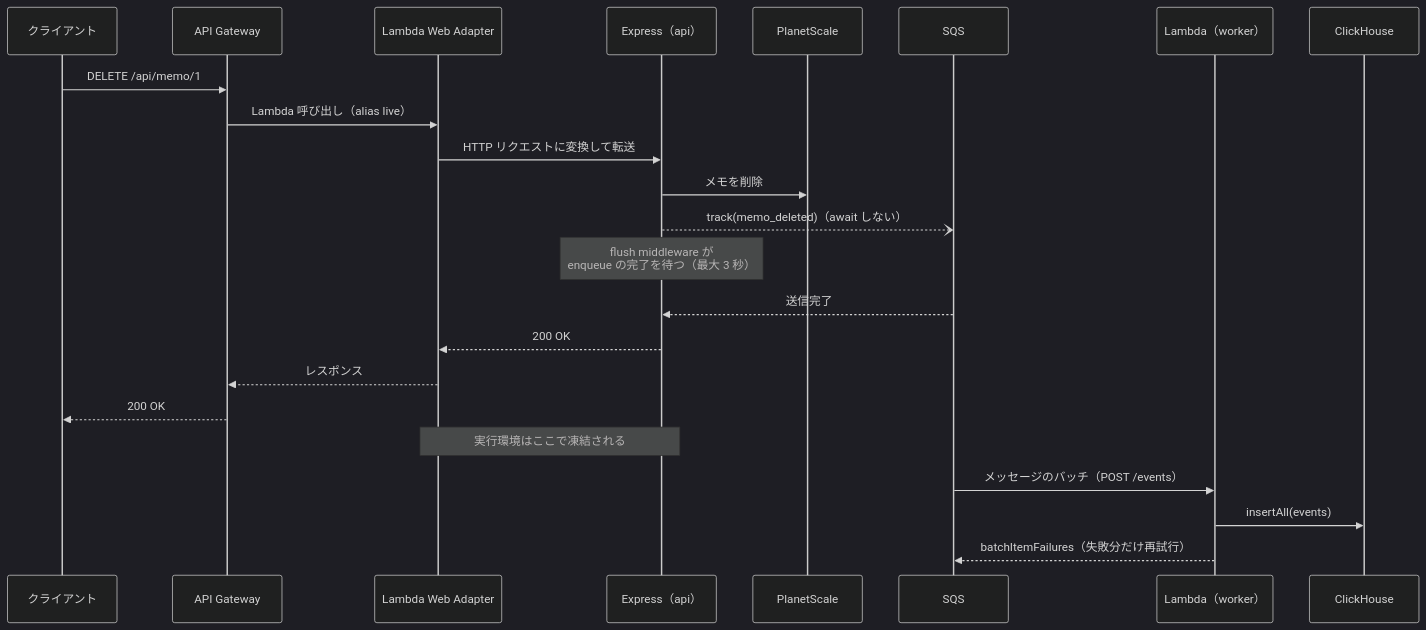
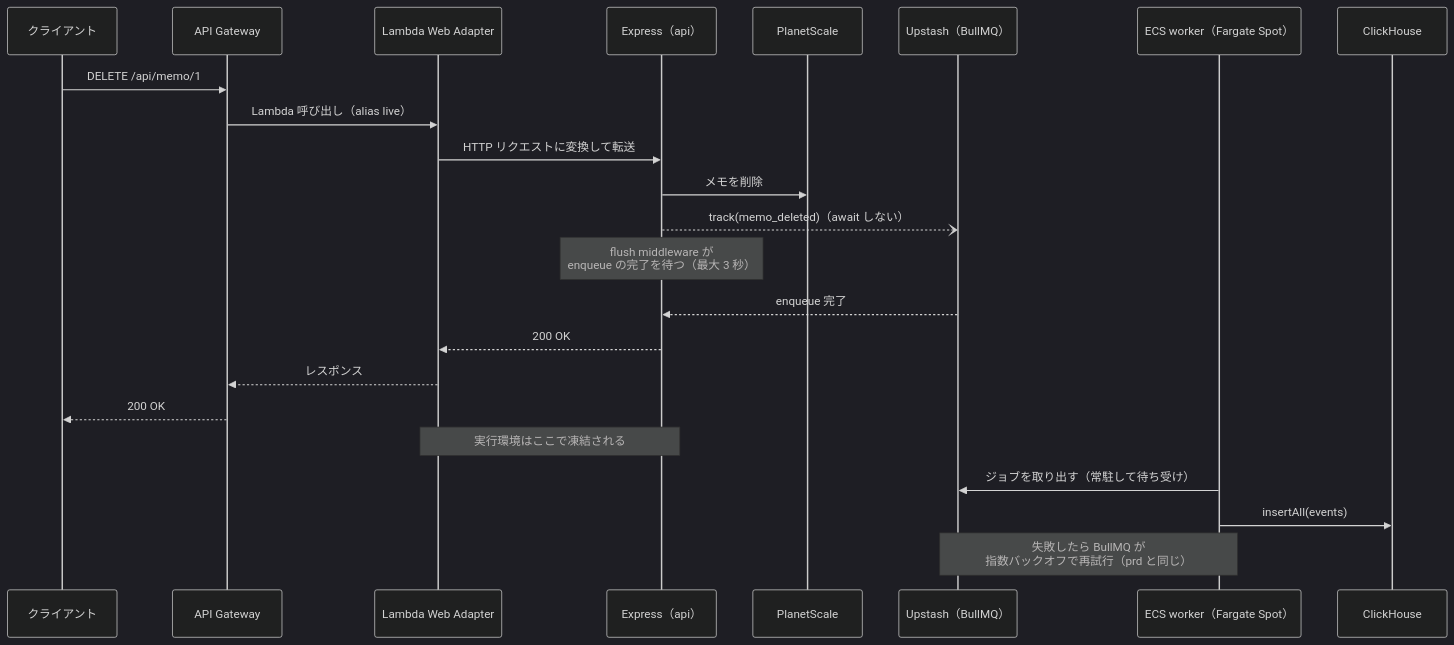
One commit to kentakki416/project-template changed the third of 3 diagrams in docs/spec/minimal-deploy/README.md. Above: the diagram before and after it, drawn with Mermaid (dark theme). The commit also changed other lines of this file and 10 other files, not shown here.

First line of the commit message:
docs(minimal-deploy): worker を BullMQ + Fargate Spot にし、IaC で作るかを切り替える

````diff
--- a/docs/spec/minimal-deploy/README.md
+++ b/docs/spec/minimal-deploy/README.md
@@ -352,27 +354,27 @@
 ```mermaid
 sequenceDiagram
     participant C as クライアント
     participant GW as API Gateway
     participant LWA as Lambda Web Adapter
     participant API as Express（api）
     participant DB as PlanetScale
-    participant Q as SQS
-    participant W as Lambda（worker）
+    participant Q as Upstash（BullMQ）
+    participant W as ECS worker（Fargate Spot）
     participant CH as ClickHouse
 
     C->>GW: DELETE /api/memo/1
     GW->>LWA: Lambda 呼び出し（alias live）
     LWA->>API: HTTP リクエストに変換して転送
     API->>DB: メモを削除
     API--)Q: track(memo_deleted)（await しない）
     Note over API: flush middleware が<br/>enqueue の完了を待つ（最大 3 秒）
-    Q-->>API: 送信完了
+    Q-->>API: enqueue 完了
     API-->>LWA: 200 OK
     LWA-->>GW: レスポンス
     GW-->>C: 200 OK
     Note over LWA,API: 実行環境はここで凍結される
 
-    Q->>W: メッセージのバッチ（POST /events）
+    W->>Q: ジョブを取り出す（常駐して待ち受け）
     W->>CH: insertAll(events)
-    W-->>Q: batchItemFailures（失敗分だけ再試行）
+    Note over W,Q: 失敗したら BullMQ が<br/>指数バックオフで再試行（prd と同じ）
 ```
````
